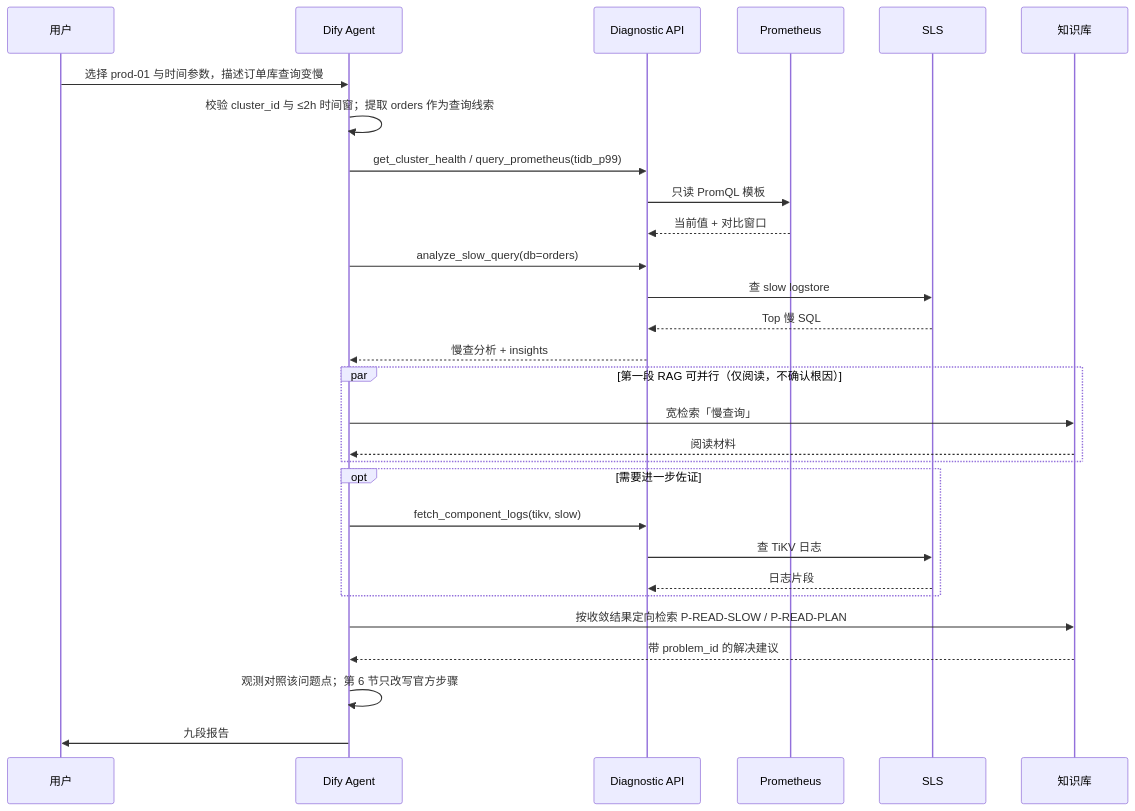
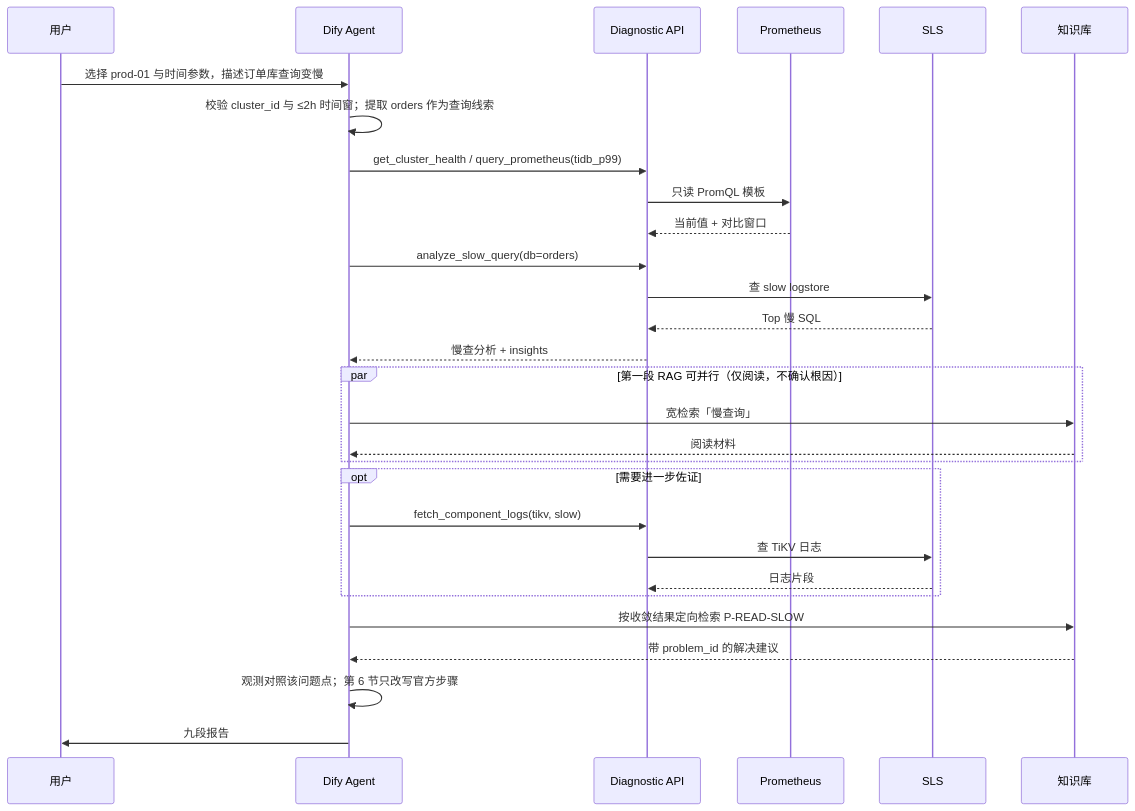
One commit to yangzhengjie/tidb-diag changed the eighth of 10 diagrams in docs/tidb-diag-agent-technical-design.md. Above: the diagram before and after it, drawn with Mermaid. The commit also changed other lines of this file and 1 other file, not shown here.

````diff
--- a/docs/tidb-diag-agent-technical-design.md
+++ b/docs/tidb-diag-agent-technical-design.md
@@ -926,32 +922,32 @@
 ```mermaid
 sequenceDiagram
     participant U as 用户
     participant A as Dify Agent
     participant API as Diagnostic API
     participant P as Prometheus
     participant S as SLS
     participant KB as 知识库
 
     U->>A: 选择 prod-01 与时间参数，描述订单库查询变慢
     A->>A: 校验 cluster_id 与 ≤2h 时间窗；提取 orders 作为查询线索
     A->>API: get_cluster_health / query_prometheus(tidb_p99)
     API->>P: 只读 PromQL 模板
     P-->>API: 当前值 + 对比窗口
     A->>API: analyze_slow_query(db=orders)
     API->>S: 查 slow logstore
     S-->>API: Top 慢 SQL
     API-->>A: 慢查分析 + insights
     par 第一段 RAG 可并行（仅阅读，不确认根因）
         A->>KB: 宽检索「慢查询」
         KB-->>A: 阅读材料
     end
     opt 需要进一步佐证
         A->>API: fetch_component_logs(tikv, slow)
         API->>S: 查 TiKV 日志
         S-->>API: 日志片段
     end
-    A->>KB: 按收敛结果定向检索 P-READ-SLOW / P-READ-PLAN
+    A->>KB: 按收敛结果定向检索 P-READ-SLOW
     KB-->>A: 带 problem_id 的解决建议
     A->>A: 观测对照该问题点；第 6 节只改写官方步骤
     A->>U: 九段报告
 ```
````
